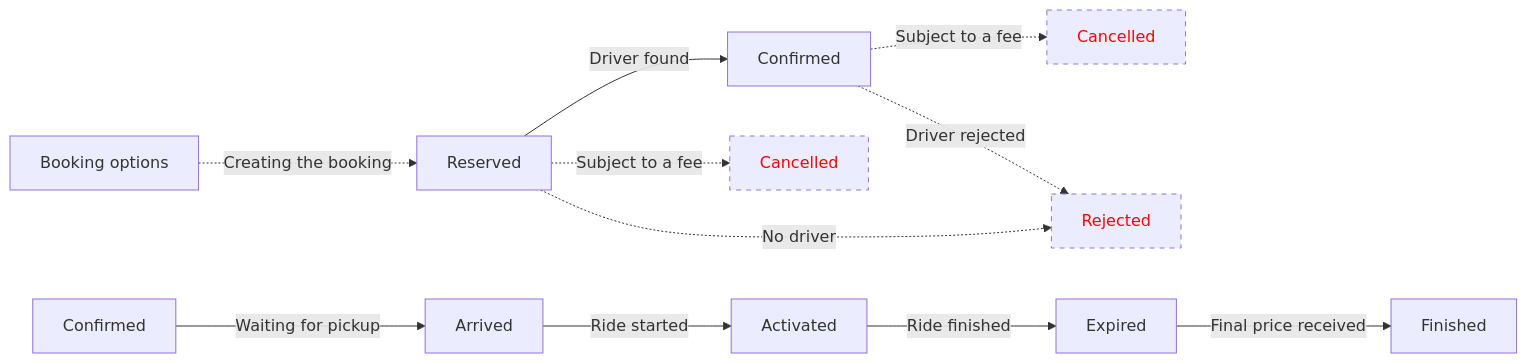
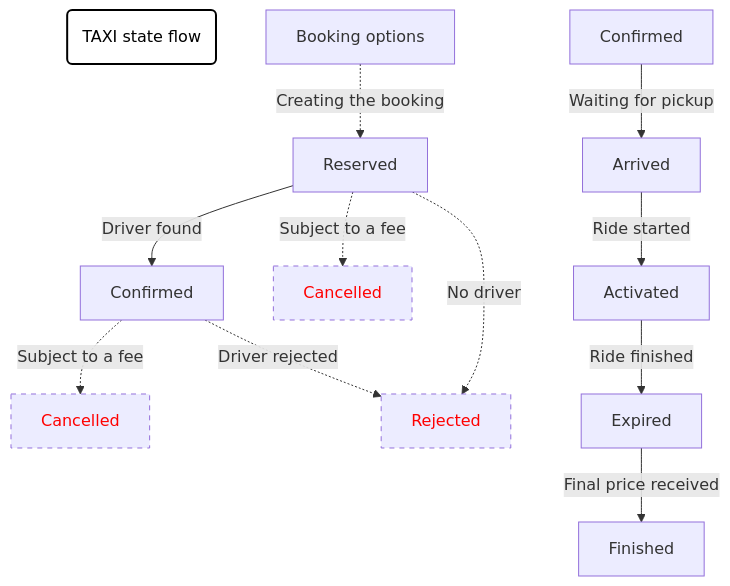
Before and after one commit to huksley/maas-tsp-api: the diagram in specs/workflow/taxi.mmd, drawn with Mermaid. The commit also changed 14 other files, not shown here.

```diff
--- a/specs/workflow/taxi.mmd
+++ b/specs/workflow/taxi.mmd
@@ -1,16 +1,18 @@
-graph LR
-    %% MermaidJS workflow graph for Taxi TSP
-    %% Use https://mermaid-js.github.io/mermaid-live-editor/ to edit
-    Options[Booking options] -.->|Creating the booking| Reserved
-    Confirmed -.->|Subject to a fee| Cancelled
-    Confirmed -.->|Driver rejected| Rejected
-    Reserved -.->|No driver| Rejected
-    Reserved -->|Driver found| Confirmed
-    Reserved -.->|Subject to a fee| Cancelled2["Cancelled"]
-    Confirmed2[Confirmed] -->|Waiting for pickup| Arrived
-    Arrived -->|Ride started| Activated
-    Activated -->|Ride finished| Expired
-    Expired -->|Final price received| Finished
-    style Cancelled color:red,stroke-dasharray: 5, 5
-    style Cancelled2 color:red,stroke-dasharray: 5, 5
-    style Rejected color:red,stroke-dasharray: 5, 5
+graph TD
+  label1(TAXI state flow)
+  %% MermaidJS workflow graph for Taxi TSP
+  %% Use https://mermaid-js.github.io/mermaid-live-editor/ to edit
+  Options[Booking options] -.->|Creating the booking| Reserved
+  Confirmed -.->|Subject to a fee| Cancelled
+  Confirmed -.->|Driver rejected| Rejected
+  Reserved -.->|No driver| Rejected
+  Reserved -->|Driver found| Confirmed
+  Reserved -.->|Subject to a fee| Cancelled2["Cancelled"]
+  Confirmed2[Confirmed] -->|Waiting for pickup| Arrived
+  Arrived -->|Ride started| Activated
+  Activated -->|Ride finished| Expired
+  Expired -->|Final price received| Finished
+  style Cancelled color:red,stroke-dasharray: 5, 5
+  style Cancelled2 color:red,stroke-dasharray: 5, 5
+  style Rejected color:red,stroke-dasharray: 5, 5
+  style label1 stroke-width:2px,color:black,stroke:black,fill:white
```
